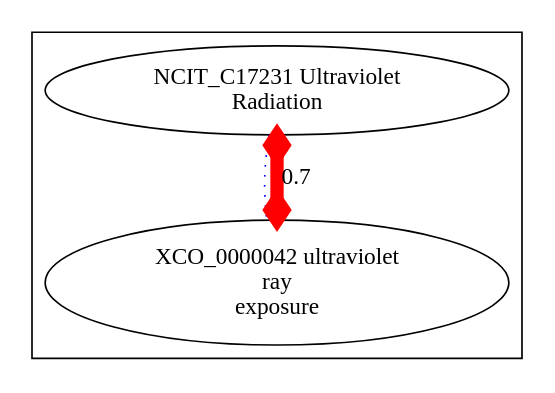
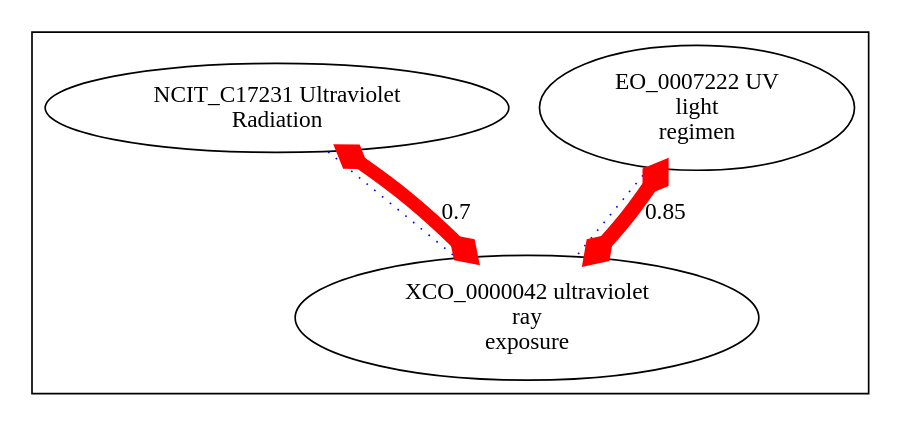
The diagram in target/img-XCO_0000042.dot (cmungall/radiation-ontology), drawn with Graphviz before and after one commit. The commit also changed 15 other files, not shown here.

```diff
--- a/target/img-XCO_0000042.dot
+++ b/target/img-XCO_0000042.dot
@@ -1,9 +1,16 @@
 digraph cliquegraph {
 subgraph cluster_XCO_0000042 {XCO_0000042 [ label="XCO_0000042 ultraviolet
 ray
 exposure" ];
+EO_0007222 [ label="EO_0007222 UV
+light
+regimen" ];
 NCIT_C17231 [ label="NCIT_C17231 Ultraviolet
 Radiation" ];}
+EO_0007222 -> XCO_0000042 [ arrowhead = none, penwidth=1, color=blue, label="", style=dotted]
+
 NCIT_C17231 -> XCO_0000042 [ arrowhead = none, penwidth=1, color=blue, label="", style=dotted]
+EO_0007222 -> XCO_0000042 [ arrowhead = ediamond, penwidth=9, color=red, label="0.85", style=solid, arrowtail=ediamond, dir=both]
+
 NCIT_C17231 -> XCO_0000042 [ arrowhead = ediamond, penwidth=8, color=red, label="0.7", style=solid, arrowtail=ediamond, dir=both]
 }
```
